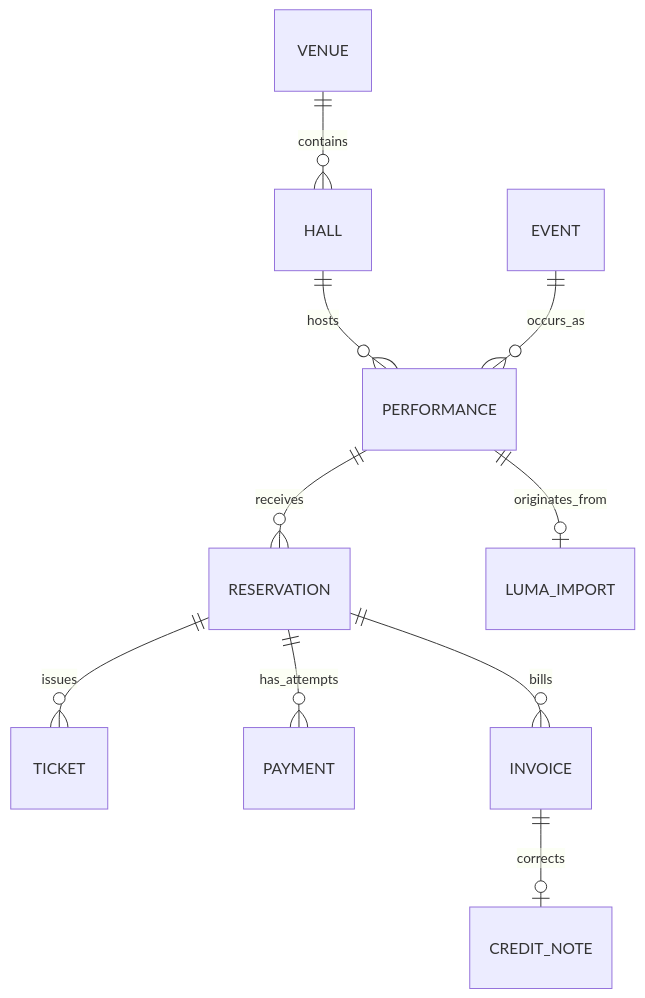
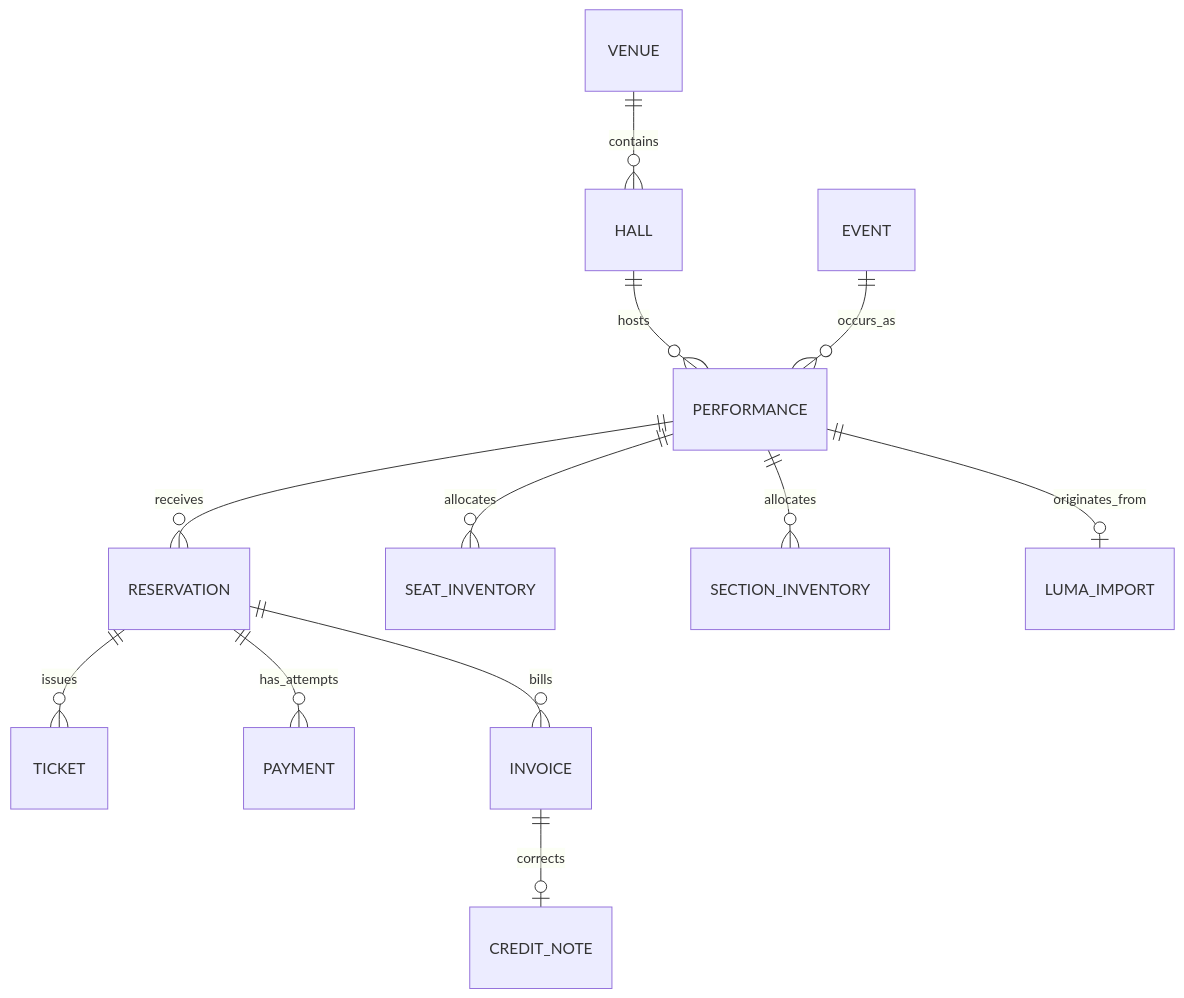
One commit to fluxzero-io/fluxzero-sample-ticketing changed the diagram in docs/model.md. Above: the diagram before and after it, drawn with Mermaid. The commit also changed other lines of this file and 36 other files, not shown here.

````diff
--- a/docs/model.md
+++ b/docs/model.md
@@ -3,12 +3,14 @@
 ```mermaid
 erDiagram
     VENUE ||--o{ HALL : contains
     HALL ||--o{ PERFORMANCE : hosts
     EVENT ||--o{ PERFORMANCE : occurs_as
     PERFORMANCE ||--o{ RESERVATION : receives
+    PERFORMANCE ||--o{ SEAT_INVENTORY : allocates
+    PERFORMANCE ||--o{ SECTION_INVENTORY : allocates
     RESERVATION ||--o{ TICKET : issues
     RESERVATION ||--o{ PAYMENT : has_attempts
     RESERVATION ||--o{ INVOICE : bills
     INVOICE ||--o| CREDIT_NOTE : corrects
     PERFORMANCE ||--o| LUMA_IMPORT : originates_from
 ```
````
